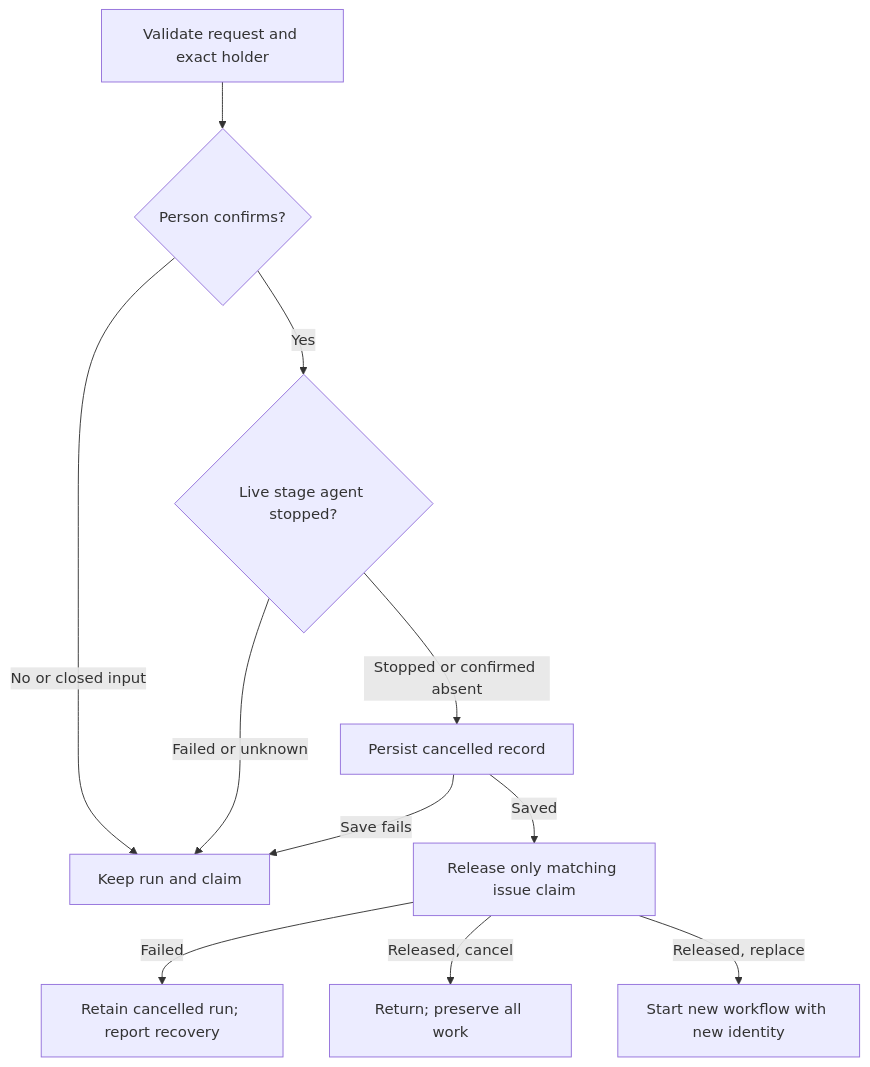
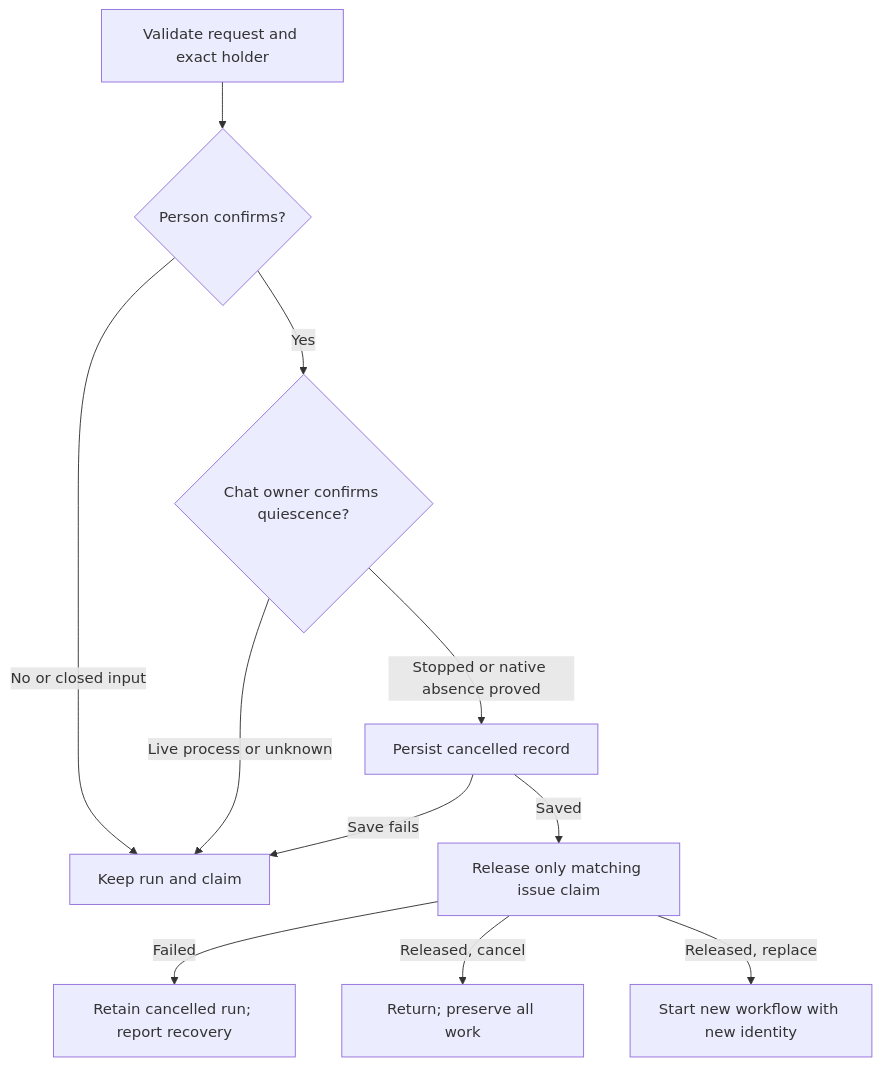
Before and after one commit to promptdriven/pdd: the diagram in prompts/cli/workflow-runner.prompt.md, drawn with Mermaid. The commit also changed other lines of this file and 5 other files, not shown here.

````diff
--- a/prompts/cli/workflow-runner.prompt.md
+++ b/prompts/cli/workflow-runner.prompt.md
@@ -25,13 +25,13 @@
 ```mermaid
 flowchart TD
     H[Validate request and exact holder] --> C{Person confirms?}
     C -->|No or closed input| K[Keep run and claim]
-    C -->|Yes| S{Live stage agent stopped?}
-    S -->|Failed or unknown| K
-    S -->|Stopped or confirmed absent| W[Persist cancelled record]
+    C -->|Yes| S{Chat owner confirms quiescence?}
+    S -->|Live process or unknown| K
+    S -->|Stopped or native absence proved| W[Persist cancelled record]
     W -->|Save fails| K
     W -->|Saved| R[Release only matching issue claim]
     R -->|Failed| E[Retain cancelled run; report recovery]
     R -->|Released, cancel| D[Return; preserve all work]
     R -->|Released, replace| N[Start new workflow with new identity]
 ```
````
